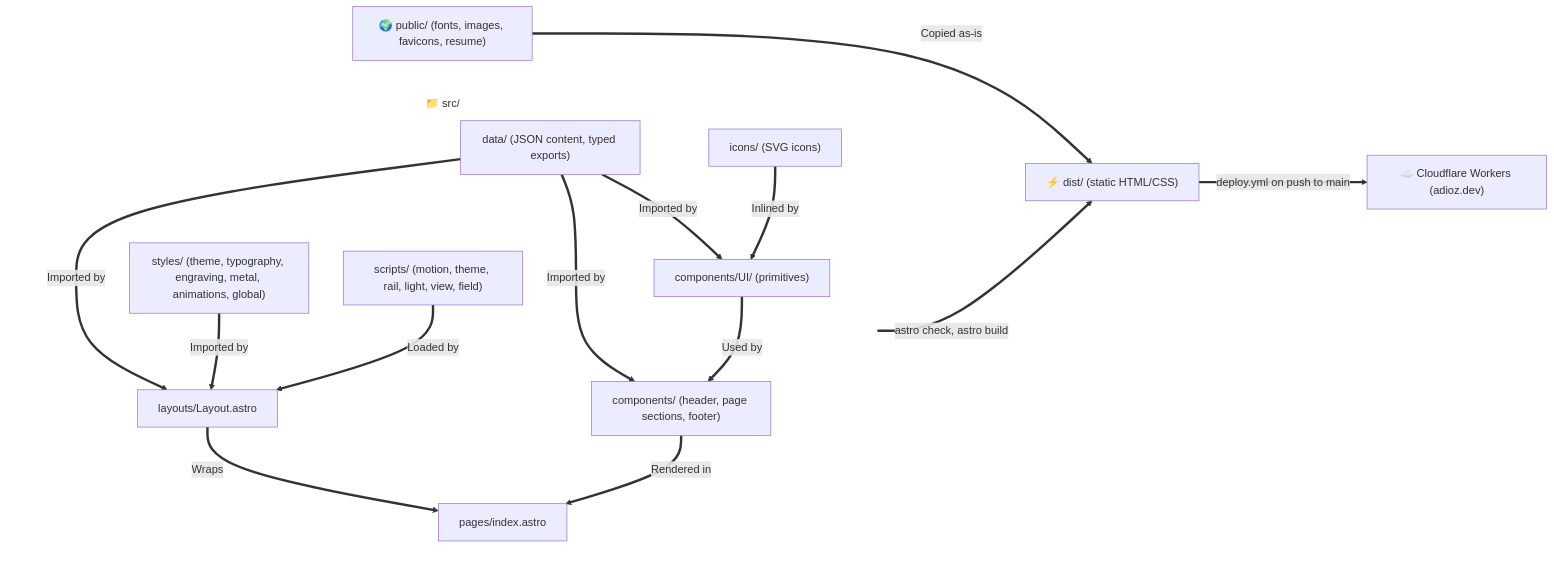
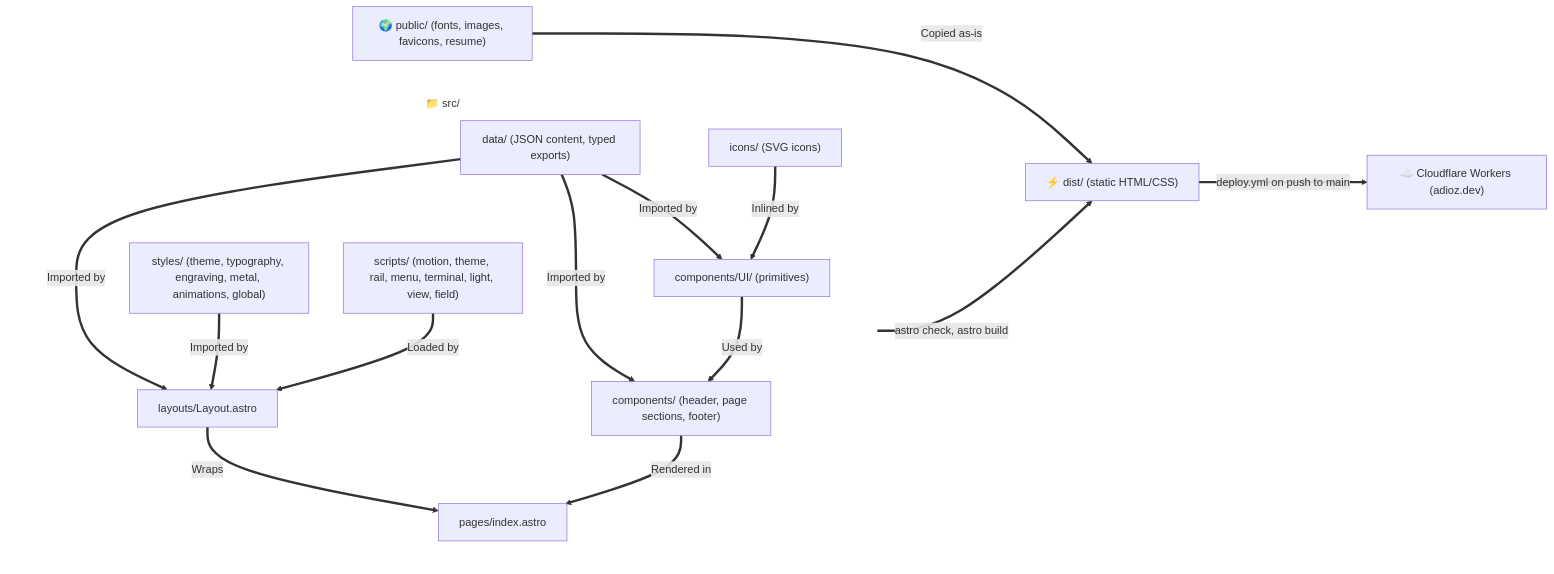
The diagram in docs/architecture.md (adiozeshitemi/adioz-profile), drawn with Mermaid before and after one commit. The commit also changed other lines of this file and 11 other files, not shown here.

````diff
--- a/docs/architecture.md
+++ b/docs/architecture.md
@@ -9,33 +9,33 @@
 ```mermaid
 flowchart LR
     %% Define invisible styling for subgraphs to remove backgrounds and borders
     classDef transparent fill:none,stroke:none;
 
     subgraph Src ["📁 src/"]
         direction TB
         Data["data/ (JSON content, typed exports)"]
         Styles["styles/ (theme, typography, engraving, metal, animations, global)"]
-        Scripts["scripts/ (motion, theme, rail, light, view, field)"]
+        Scripts["scripts/ (motion, theme, rail, menu, terminal, light, view, field)"]
         Icons["icons/ (SVG icons)"]
         UI["components/UI/ (primitives)"]
         Sections["components/ (header, page sections, footer)"]
         Layout["layouts/Layout.astro"]
         Page["pages/index.astro"]
     end
 
     Icons ==>|Inlined by| UI
     Data ==>|Imported by| UI
     Data ==>|Imported by| Sections
     UI ==>|Used by| Sections
     Data ==>|Imported by| Layout
     Styles ==>|Imported by| Layout
     Scripts ==>|Loaded by| Layout
     Sections ==>|Rendered in| Page
     Layout ==>|Wraps| Page
     Page ==>|astro check, astro build| Dist["⚡ dist/ (static HTML/CSS)"]
     Public["🌍 public/ (fonts, images, favicons, resume)"] ==>|Copied as-is| Dist
     Dist ==>|deploy.yml on push to main| Workers["☁️ Cloudflare Workers (adioz.dev)"]
 
     %% Apply transparent class to subgraphs
     class Src transparent;
 ```
````
